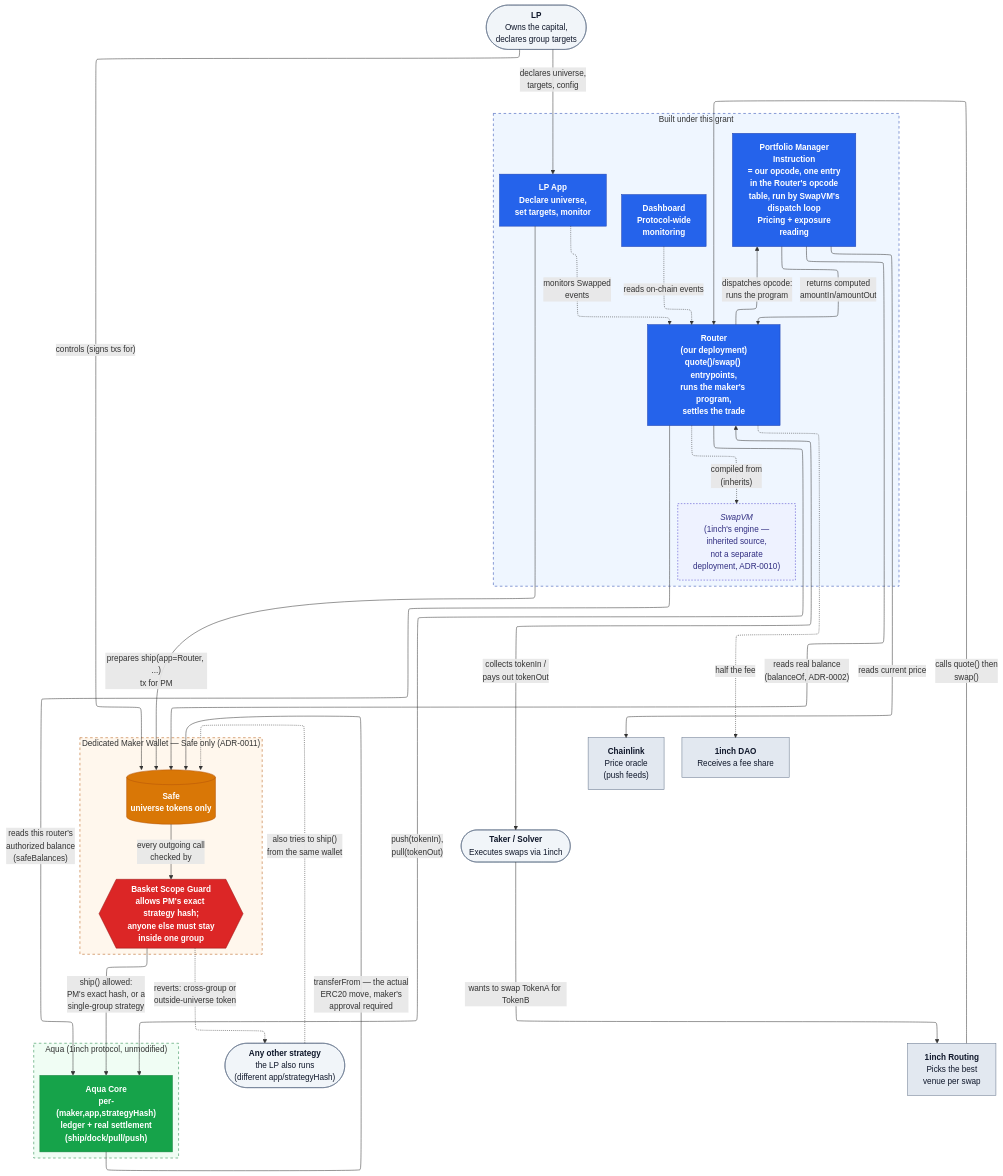
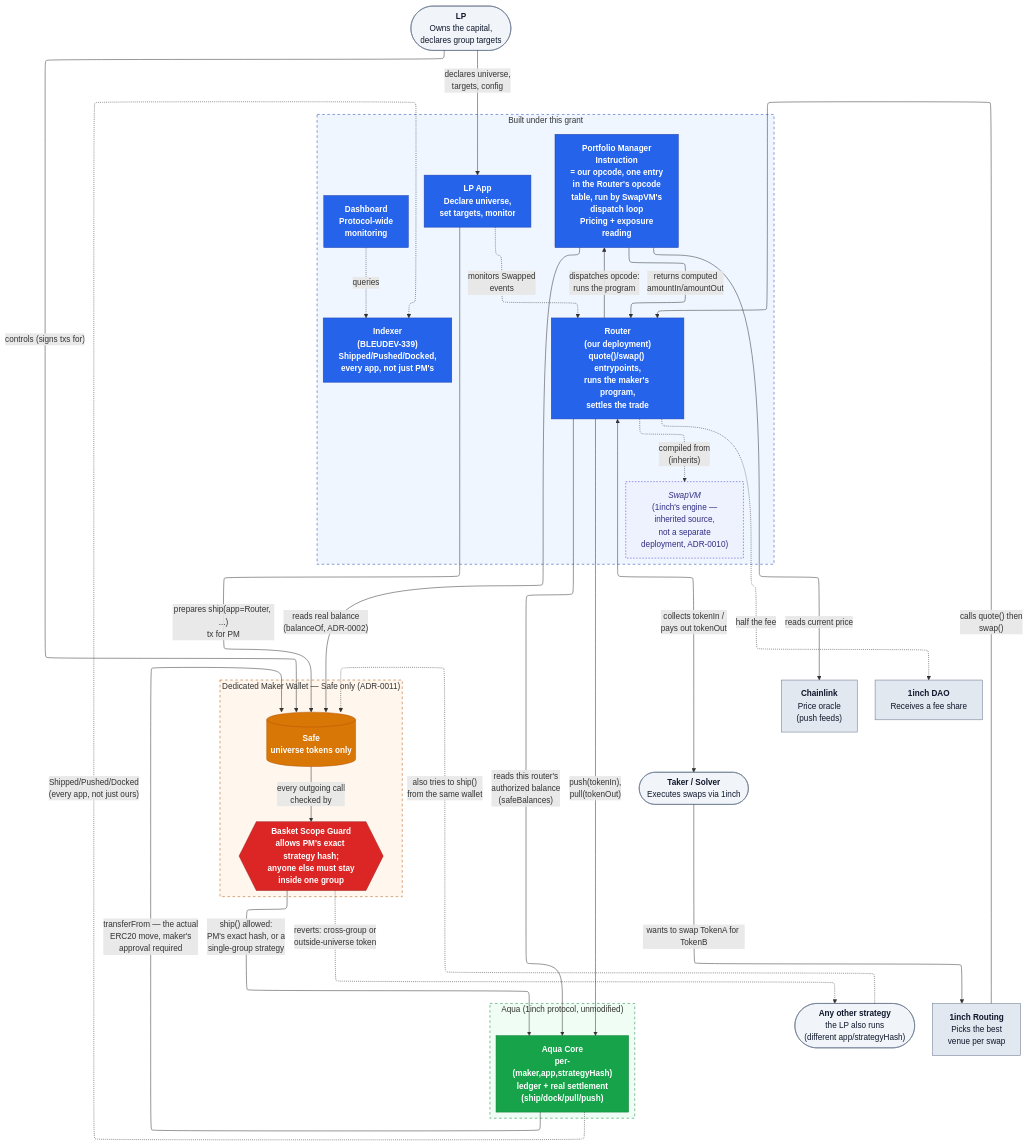
One commit to bleu/aqua-portfolio-manager changed the first of 2 diagrams in docs/ARCHITECTURE.md. Above: the diagram before and after it, drawn with Mermaid. The commit also changed other lines of this file, not shown here.

Commit message:
Add the Indexer to the L1 architecture diagram (BLEUDEV-339)
Adds an Indexer node reading Shipped/Pushed/Docked directly off Aqua
Core (every app, not scoped to our own Router), and repoints the
Dashboard's edge to query it instead of the Router directly, which was
never actually accurate -- nothing reads on-chain events through the
Router today. Adds a component-notes paragraph explaining what it's
for (visibility into what the Basket Scope Guard can't prevent or
see) and what was tried and removed (automatic compatibility
alerting), linking to thoughts/indexer-architecture.md.

Deliberately does not touch the protocol-fee wording still showing
"half the fee" to DAO -- that fix already exists on the BLEUDEV-327
branch and lands separately when that branch merges, not duplicated
here.

````diff
--- a/docs/ARCHITECTURE.md
+++ b/docs/ARCHITECTURE.md
@@ -17,76 +17,78 @@
 ```mermaid
 %%{init: {"flowchart": {"defaultRenderer": "elk"}} }%%
 flowchart TD
     LP(["<b>LP</b><br/>Owns the capital,<br/>declares group targets"])
     Taker(["<b>Taker / Solver</b><br/>Executes swaps via 1inch"])
     OtherStrategy(["<b>Any other strategy</b><br/>the LP also runs<br/>(different app/strategyHash)"])
 
     subgraph BleuScope["Built under this grant"]
         LPApp["<b>LP App</b><br/>Declare universe,<br/>set targets, monitor"]
         Dashboard["<b>Dashboard</b><br/>Protocol-wide<br/>monitoring"]
+        Indexer["<b>Indexer</b><br/>(BLEUDEV-339)<br/>Shipped/Pushed/Docked,<br/>every app, not just PM's"]
         Router["<b>Router</b><br/>(our deployment)<br/>quote()/swap() entrypoints,<br/>runs the maker's program,<br/>settles the trade"]
         SwapVMLib["<i>SwapVM</i><br/>(1inch's engine —<br/>inherited source,<br/>not a separate<br/>deployment, ADR-0010)"]
         Strategy["<b>Portfolio Manager<br/>Instruction</b><br/>= our opcode, one entry<br/>in the Router's opcode<br/>table, run by SwapVM's<br/>dispatch loop<br/>Pricing + exposure<br/>reading"]
     end
 
     subgraph WalletScope["Dedicated Maker Wallet — Safe only (ADR-0011)"]
         Wallet[("<b>Safe</b><br/>universe tokens only")]
         Guard{{"<b>Basket Scope Guard</b><br/>allows PM's exact strategy hash;<br/>anyone else must stay<br/>inside one group"}}
     end
 
     subgraph AquaCore["Aqua (1inch protocol, unmodified)"]
         Aqua["<b>Aqua Core</b><br/>per-(maker,app,strategyHash)<br/>ledger + real settlement<br/>(ship/dock/pull/push)"]
     end
 
     Chainlink["<b>Chainlink</b><br/>Price oracle<br/>(push feeds)"]
     Routing["<b>1inch Routing</b><br/>Picks the best<br/>venue per swap"]
     DAO["<b>1inch DAO</b><br/>Receives a fee share"]
 
     LP -->|"declares universe,<br/>targets, config"| LPApp
     LPApp -.->|"monitors Swapped<br/>events"| Router
     LP -->|"controls (signs txs for)"| Wallet
 
     LPApp -->|"prepares ship(app=Router, ...)<br/>tx for PM"| Wallet
     OtherStrategy -.->|"also tries to ship()<br/>from the same wallet"| Wallet
     Wallet -->|"every outgoing call<br/>checked by"| Guard
     Guard -->|"ship() allowed:<br/>PM's exact hash, or a<br/>single-group strategy"| Aqua
     Guard -.->|"reverts: cross-group or<br/>outside-universe token"| OtherStrategy
 
     Taker -->|"wants to swap TokenA for TokenB"| Routing
     Routing -->|"calls quote() then<br/>swap()"| Router
 
     Router -.->|"compiled from<br/>(inherits)"| SwapVMLib
     Router -->|"reads this router's<br/>authorized balance<br/>(safeBalances)"| Aqua
     Router -->|"dispatches opcode:<br/>runs the program"| Strategy
     Strategy -->|"reads real balance<br/>(balanceOf, ADR-0002)"| Wallet
     Strategy -->|"reads current price"| Chainlink
     Strategy -->|"returns computed<br/>amountIn/amountOut"| Router
 
     Router <-->|"collects tokenIn /<br/>pays out tokenOut"| Taker
     Router -->|"push(tokenIn),<br/>pull(tokenOut)"| Aqua
     Aqua -->|"transferFrom — the actual<br/>ERC20 move, maker's<br/>approval required"| Wallet
 
     Router -.->|"half the fee"| DAO
 
-    Dashboard -.->|"reads on-chain events"| Router
+    Aqua -.->|"Shipped/Pushed/Docked<br/>(every app, not just ours)"| Indexer
+    Dashboard -.->|"queries"| Indexer
 
     classDef actor fill:#f1f5f9,stroke:#64748b,color:#0f172a
     classDef bleu fill:#2563eb,stroke:#1e40af,color:#ffffff,font-weight:bold
     classDef wallet fill:#d97706,stroke:#b45309,color:#ffffff,font-weight:bold
     classDef guard fill:#dc2626,stroke:#991b1b,color:#ffffff,font-weight:bold
     classDef aqua fill:#16a34a,stroke:#15803d,color:#ffffff,font-weight:bold
     classDef external fill:#e2e8f0,stroke:#64748b,color:#0f172a
     classDef vendored fill:#eef2ff,stroke:#4338ca,color:#312e81,stroke-dasharray: 3 3
 
     class LP,Taker,OtherStrategy actor
-    class LPApp,Dashboard,Router,Strategy bleu
+    class LPApp,Dashboard,Indexer,Router,Strategy bleu
     class SwapVMLib vendored
     class Wallet wallet
     class Guard guard
     class Aqua aqua
     class Chainlink,Routing,DAO external
 
     style BleuScope fill:#eff6ff,stroke:#1e40af,stroke-dasharray: 5 5
     style AquaCore fill:#f0fdf4,stroke:#15803d,stroke-dasharray: 5 5
     style WalletScope fill:#fff7ed,stroke:#b45309,stroke-dasharray: 5 5
 ```
````
